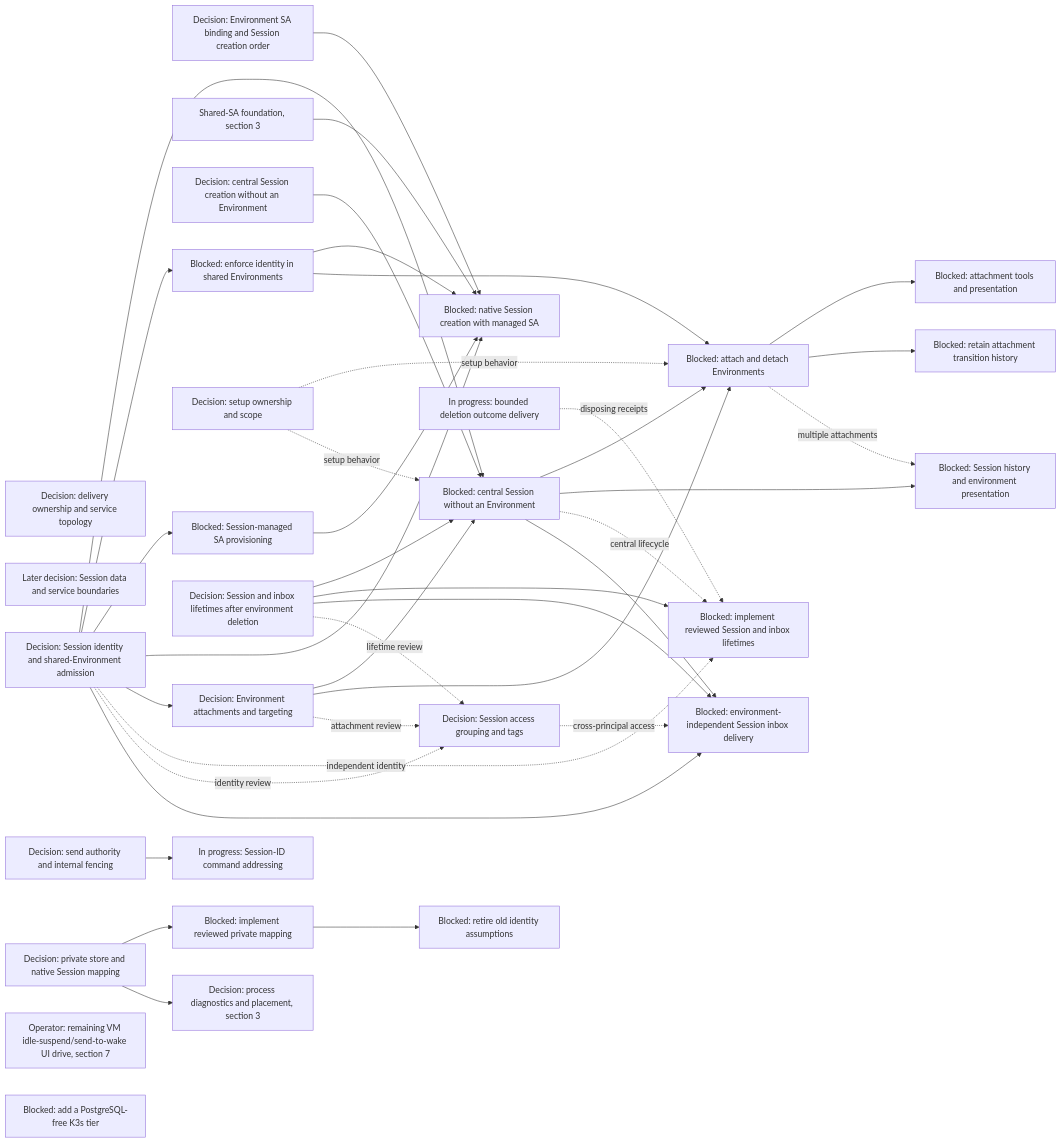
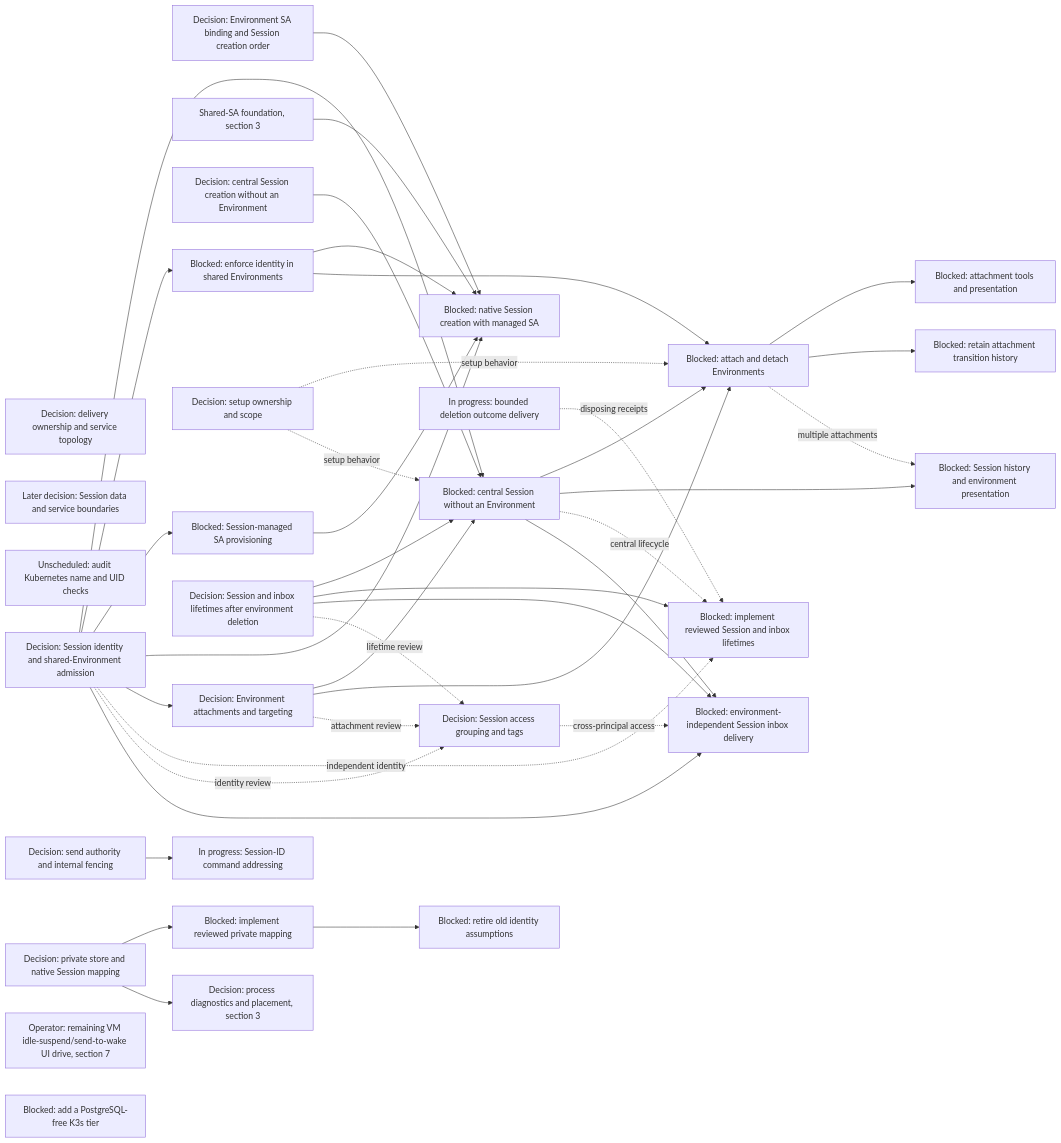
Before and after one commit to agentydragon/ducktape: diagram 14 of 17 in agentplane/plans/task_dag.md, drawn with Mermaid. The commit also changed other lines of this file, not shown here.

Commit message:
Track Kubernetes object identity check audit

````diff
--- a/agentplane/plans/task_dag.md
+++ b/agentplane/plans/task_dag.md
@@ -2129,68 +2129,69 @@
 ```mermaid
 flowchart LR
     DISPATCHER_PERSISTENCE_MODEL_DESIGN[Decision: delivery ownership and service topology]
     SESSION_DATA_OWNERSHIP_DESIGN[Later decision: Session data and service boundaries]
+    KUBERNETES_UID_CHECK_AUDIT[Unscheduled: audit Kubernetes name and UID checks]
     SESSION_IDENTITY_CONTRACT[Decision: Session identity and shared-Environment admission]
     ENVIRONMENT_IDENTITY_BINDING_DESIGN[Decision: Environment SA binding and Session creation order]
     SESSION_MANAGED_IDENTITY[Blocked: Session-managed SA provisioning]
     SESSION_NATIVE_IDENTITY_WORKFLOW[Blocked: native Session creation with managed SA]
     ENVIRONMENT_SHARED_ACCOUNT[Shared-SA foundation, section 3]
     SESSION_ACCESS_GROUPING_DESIGN[Decision: Session access grouping and tags]
     CENTRAL_SESSION_CREATION_CONTRACT[Decision: central Session creation without an Environment]
     SESSION_ATTACHMENT_CONTRACT[Decision: Environment attachments and targeting]
     SESSION_ENVIRONMENT_SETUP_DESIGN[Decision: setup ownership and scope]
     SESSION_IDENTITY_ENFORCEMENT[Blocked: enforce identity in shared Environments]
     CENTRAL_SESSION_WITHOUT_ENVIRONMENT[Blocked: central Session without an Environment]
     SESSION_ENV_ATTACHMENTS[Blocked: attach and detach Environments]
     SESSION_ATTACHMENT_SURFACES[Blocked: attachment tools and presentation]
     SESSION_ATTACHMENT_HISTORY[Blocked: retain attachment transition history]
     SESSION_LIFETIME_IMPLEMENTATION[Blocked: implement reviewed Session and inbox lifetimes]
     CENTRAL_SESSION_NOTIFICATIONS[Blocked: environment-independent Session inbox delivery]
     DELIVERY_DESTINATION_AUTHORITY_DESIGN[Decision: send authority and internal fencing]
     SESSION_DELETION_FENCE[In progress: bounded deletion outcome delivery]
     SESSION_AND_INBOX_LIFETIME[Decision: Session and inbox lifetimes after environment deletion]
     DELIVERY_DESTINATION_CONTRACT[In progress: Session-ID command addressing]
     SESSION_HISTORY_PRESENTATION[Blocked: Session history and environment presentation]
     SESSION_IDENTITY_CONTRACT --> CENTRAL_SESSION_WITHOUT_ENVIRONMENT
     CENTRAL_SESSION_CREATION_CONTRACT --> CENTRAL_SESSION_WITHOUT_ENVIRONMENT
     SESSION_ATTACHMENT_CONTRACT --> CENTRAL_SESSION_WITHOUT_ENVIRONMENT
     SESSION_AND_INBOX_LIFETIME --> CENTRAL_SESSION_WITHOUT_ENVIRONMENT
     SESSION_IDENTITY_CONTRACT --> SESSION_IDENTITY_ENFORCEMENT
     SESSION_IDENTITY_CONTRACT --> SESSION_MANAGED_IDENTITY
     SESSION_IDENTITY_CONTRACT --> SESSION_NATIVE_IDENTITY_WORKFLOW
     ENVIRONMENT_IDENTITY_BINDING_DESIGN --> SESSION_NATIVE_IDENTITY_WORKFLOW
     SESSION_MANAGED_IDENTITY --> SESSION_NATIVE_IDENTITY_WORKFLOW
     ENVIRONMENT_SHARED_ACCOUNT --> SESSION_NATIVE_IDENTITY_WORKFLOW
     SESSION_IDENTITY_ENFORCEMENT --> SESSION_NATIVE_IDENTITY_WORKFLOW
     SESSION_IDENTITY_CONTRACT --> SESSION_ATTACHMENT_CONTRACT
     SESSION_ATTACHMENT_CONTRACT --> SESSION_ENV_ATTACHMENTS
     SESSION_ENVIRONMENT_SETUP_DESIGN -. setup behavior .-> SESSION_ENV_ATTACHMENTS
     SESSION_ENVIRONMENT_SETUP_DESIGN -. setup behavior .-> CENTRAL_SESSION_WITHOUT_ENVIRONMENT
     SESSION_IDENTITY_ENFORCEMENT --> SESSION_ENV_ATTACHMENTS
     CENTRAL_SESSION_WITHOUT_ENVIRONMENT --> SESSION_ENV_ATTACHMENTS
     SESSION_ENV_ATTACHMENTS --> SESSION_ATTACHMENT_SURFACES
     SESSION_ENV_ATTACHMENTS --> SESSION_ATTACHMENT_HISTORY
     CENTRAL_SESSION_WITHOUT_ENVIRONMENT --> SESSION_HISTORY_PRESENTATION
     SESSION_ENV_ATTACHMENTS -. multiple attachments .-> SESSION_HISTORY_PRESENTATION
     SESSION_AND_INBOX_LIFETIME --> SESSION_LIFETIME_IMPLEMENTATION
     SESSION_IDENTITY_CONTRACT -. independent identity .-> SESSION_LIFETIME_IMPLEMENTATION
     CENTRAL_SESSION_WITHOUT_ENVIRONMENT -. central lifecycle .-> SESSION_LIFETIME_IMPLEMENTATION
     SESSION_DELETION_FENCE -. disposing receipts .-> SESSION_LIFETIME_IMPLEMENTATION
     SESSION_AND_INBOX_LIFETIME --> CENTRAL_SESSION_NOTIFICATIONS
     SESSION_IDENTITY_CONTRACT -. identity review .-> SESSION_ACCESS_GROUPING_DESIGN
     SESSION_ATTACHMENT_CONTRACT -. attachment review .-> SESSION_ACCESS_GROUPING_DESIGN
     SESSION_AND_INBOX_LIFETIME -. lifetime review .-> SESSION_ACCESS_GROUPING_DESIGN
     SESSION_ACCESS_GROUPING_DESIGN -. cross-principal access .-> CENTRAL_SESSION_NOTIFICATIONS
     SESSION_IDENTITY_CONTRACT --> CENTRAL_SESSION_NOTIFICATIONS
     CENTRAL_SESSION_WITHOUT_ENVIRONMENT --> CENTRAL_SESSION_NOTIFICATIONS
     HARNESS_IDENTITY_DESIGN[Decision: private store and native Session mapping]
     RUNNER_STORE_SESSION_IDENTITY[Blocked: implement reviewed private mapping]
     RUNNER_IDENTITY_LEGACY_CLEANUP[Blocked: retire old identity assumptions]
     IDLE_SUSPEND_UI_DRIVE[Operator: remaining VM idle-suspend/send-to-wake UI drive, section 7]
     RUNNER_HARNESS_OBJECTS_DESIGN[Decision: process diagnostics and placement, section 3]
     CNPG_FREE_K3S_INTEGRATION_TIER[Blocked: add a PostgreSQL-free K3s tier]
     DELIVERY_DESTINATION_AUTHORITY_DESIGN --> DELIVERY_DESTINATION_CONTRACT
     RUNNER_STORE_SESSION_IDENTITY --> RUNNER_IDENTITY_LEGACY_CLEANUP
     HARNESS_IDENTITY_DESIGN --> RUNNER_STORE_SESSION_IDENTITY
     HARNESS_IDENTITY_DESIGN --> RUNNER_HARNESS_OBJECTS_DESIGN
 ```
````
